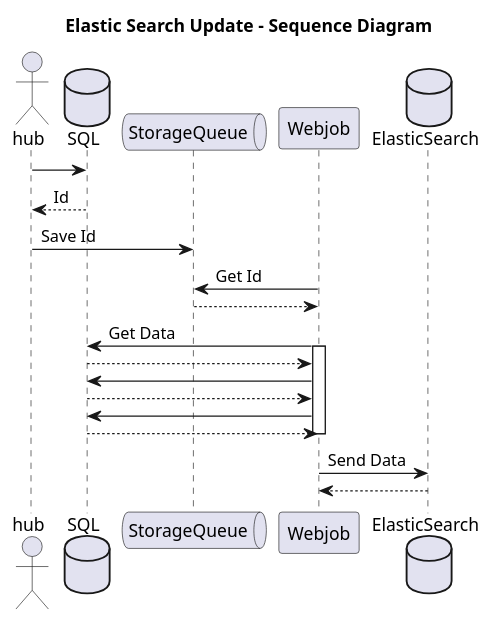
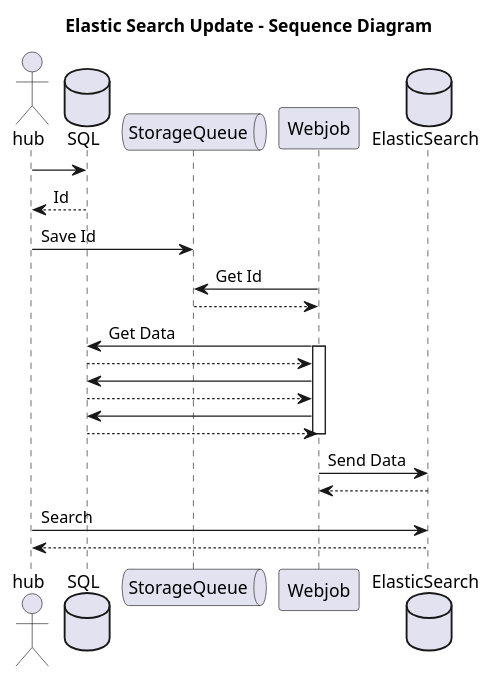
The diagram in assets/ElasticSearchUpdate-Sequence.puml (Kf-GaryNewport/Kf-GaryNewport.github.io), drawn with PlantUML before and after one commit.

```diff
--- a/assets/ElasticSearchUpdate-Sequence.puml
+++ b/assets/ElasticSearchUpdate-Sequence.puml
@@ -1,27 +1,28 @@
 @startuml
 
 title "Elastic Search Update - Sequence Diagram"
 
 actor hub
 Database  SQL
 hub -> SQL
 return Id
 Queue StorageQueue
 hub -> StorageQueue : Save Id
 Webjob -> StorageQueue : Get Id
 return
 
 Webjob -> SQL : Get Data
 activate Webjob
 return
 Webjob -> SQL
 return
 Webjob -> SQL
 return
 deactivate Webjob
 Database ElasticSearch
 Webjob -> ElasticSearch : Send Data
 return
-
+hub -> ElasticSearch : Search
+return
 
 @enduml
```
